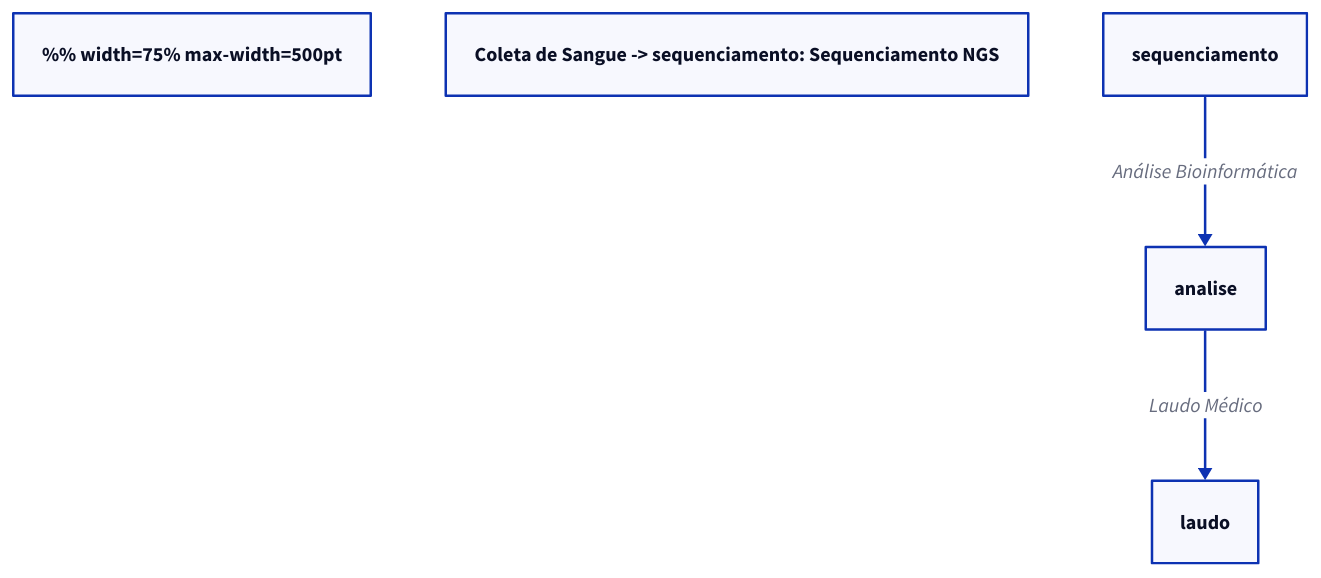
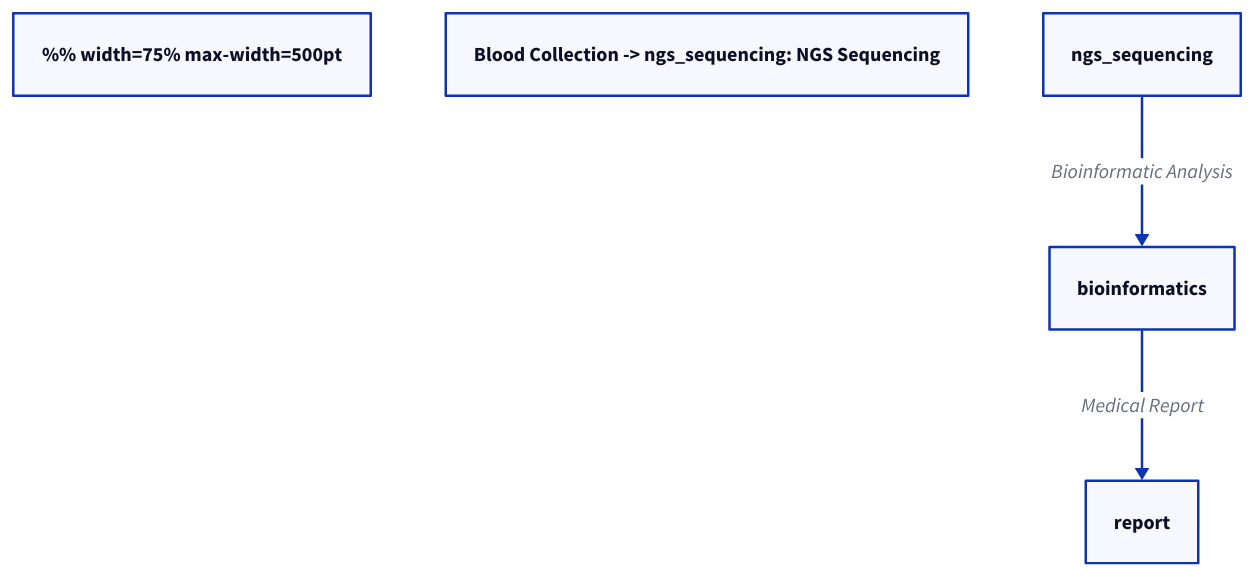
The second of 5 diagrams in README.md (lumenpink/joaju), drawn with D2 before and after one commit. The commit also changed other lines of this file, not shown here.

````diff
--- a/README.md
+++ b/README.md
@@ -255,6 +255,6 @@
 ```d2
 %% width=75% max-width=500pt
-coleta: Coleta de Sangue -> sequenciamento: Sequenciamento NGS
-sequenciamento -> analise: Análise Bioinformática
-analise -> laudo: Laudo Médico
+blood_sample: Blood Collection -> ngs_sequencing: NGS Sequencing
+ngs_sequencing -> bioinformatics: Bioinformatic Analysis
+bioinformatics -> report: Medical Report
 ```
````
